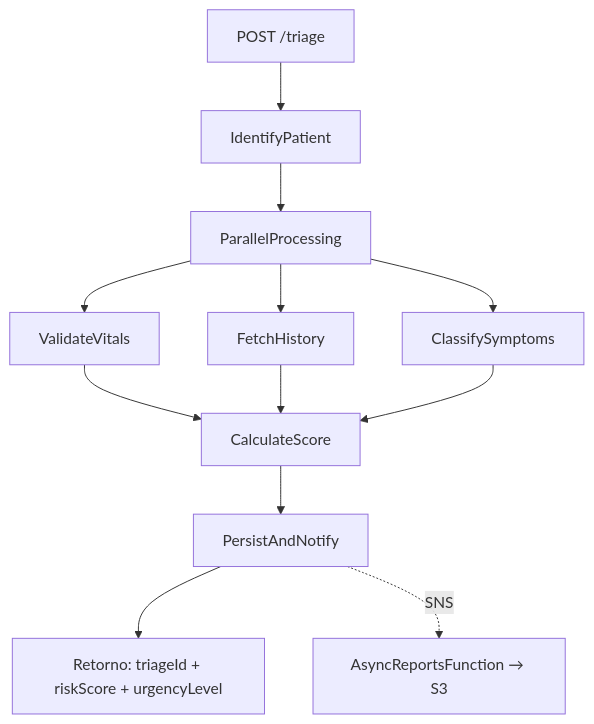
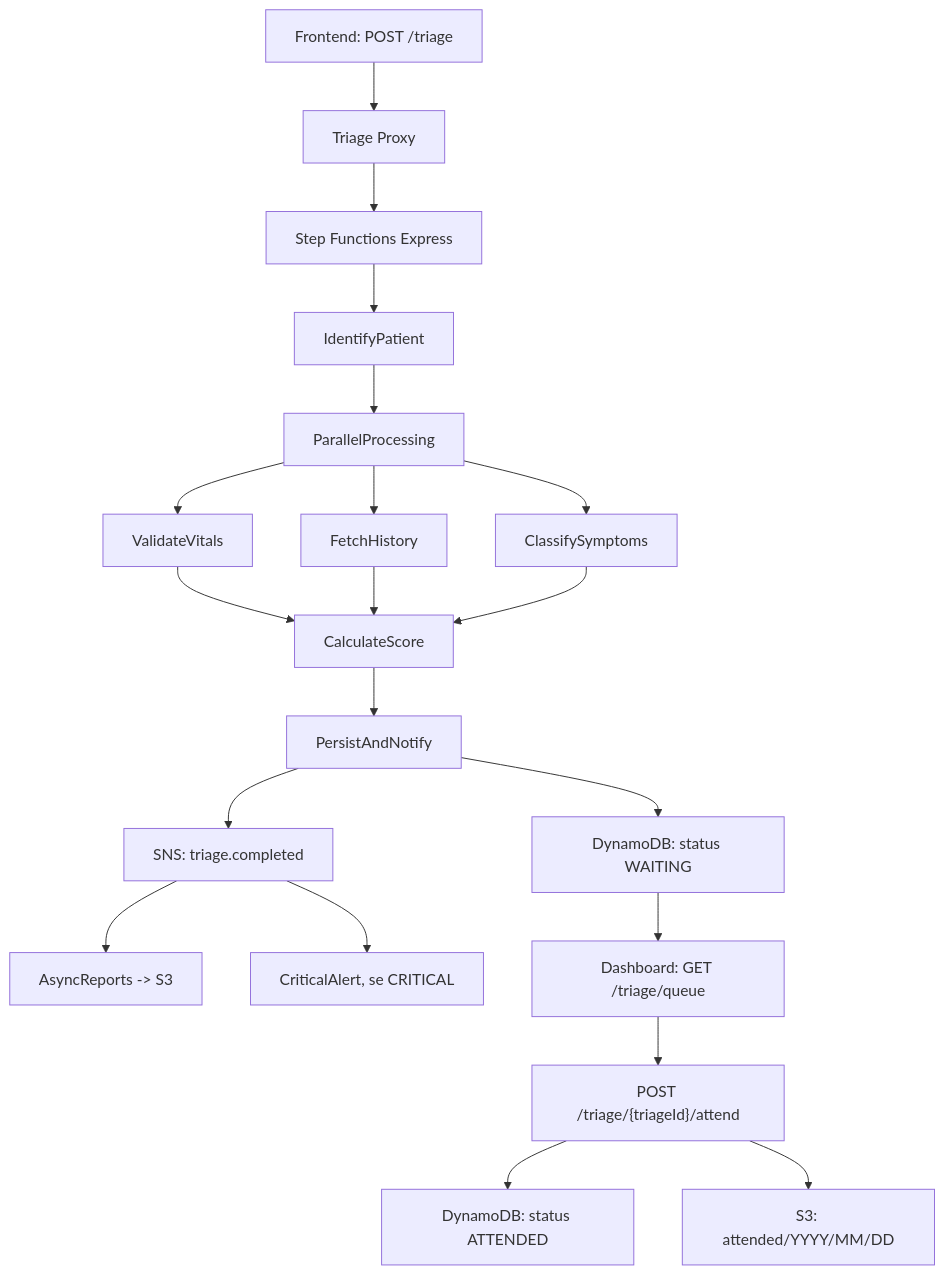
Before and after one commit to joao-castroo/mediflow-project: the diagram in README.md, drawn with Mermaid. The commit also changed other lines of this file, not shown here.

````diff
--- a/README.md
+++ b/README.md
@@ -73,14 +101,22 @@
 ```mermaid
 graph TD
-    A["POST /triage"] --> B["IdentifyPatient"]
-    B --> C["ParallelProcessing"]
-    C --> D["ValidateVitals"]
-    C --> E["FetchHistory"]
-    C --> F["ClassifySymptoms"]
-    D --> G["CalculateScore"]
-    E --> G
-    F --> G
-    G --> H["PersistAndNotify"]
-    H --> I["Retorno: triageId + riskScore + urgencyLevel"]
-    H -.->|SNS| J["AsyncReportsFunction → S3"]
+    A["Frontend: POST /triage"] --> B["Triage Proxy"]
+    B --> C["Step Functions Express"]
+    C --> D["IdentifyPatient"]
+    D --> E["ParallelProcessing"]
+    E --> F["ValidateVitals"]
+    E --> G["FetchHistory"]
+    E --> H["ClassifySymptoms"]
+    F --> I["CalculateScore"]
+    G --> I
+    H --> I
+    I --> J["PersistAndNotify"]
+    J --> K["DynamoDB: status WAITING"]
+    J --> L["SNS: triage.completed"]
+    L --> M["AsyncReports -> S3"]
+    L --> N["CriticalAlert, se CRITICAL"]
+    K --> O["Dashboard: GET /triage/queue"]
+    O --> P["POST /triage/{triageId}/attend"]
+    P --> Q["DynamoDB: status ATTENDED"]
+    P --> R["S3: attended/YYYY/MM/DD"]
 ```
````
